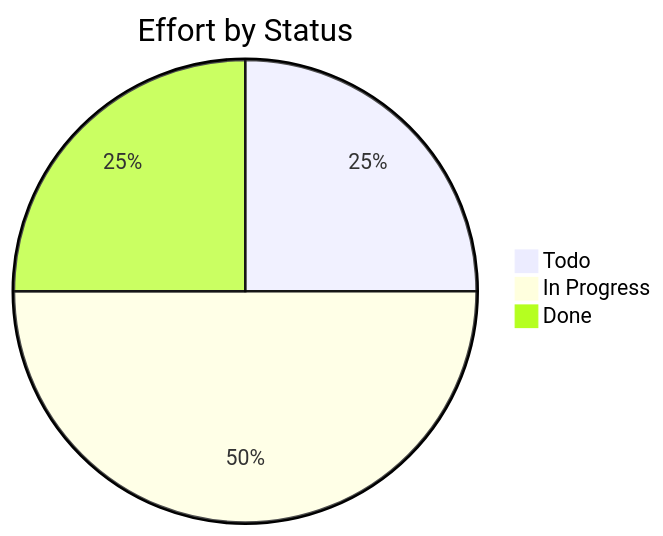
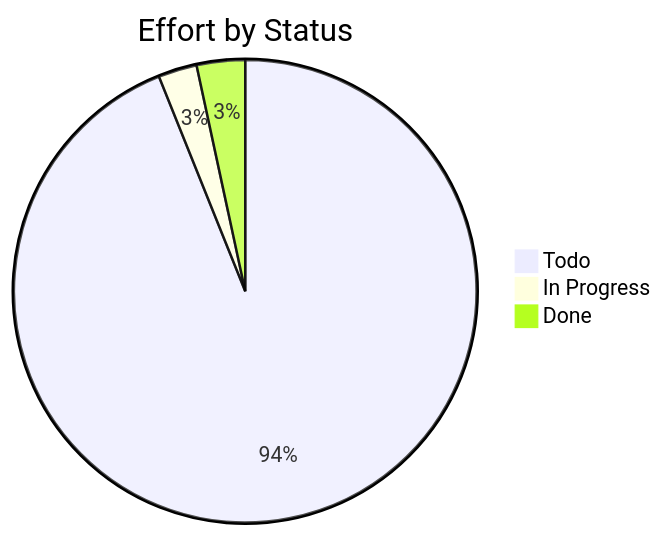
Before and after one commit to Katty-Fashion/kf-cpto: the third of 3 diagrams in docs/_projects/NuoForm---GTM.md, drawn with Mermaid. The commit also changed other lines of this file and 6 other files, not shown here.

````diff
--- a/docs/_projects/NuoForm---GTM.md
+++ b/docs/_projects/NuoForm---GTM.md
@@ -77,6 +185,6 @@
 ```mermaid
 pie title Effort by Status
-    "Todo" : 1.0
+    "Todo" : 69.5
     "In Progress" : 2.0
-    "Done" : 1.0
+    "Done" : 2.5
 ```
````
